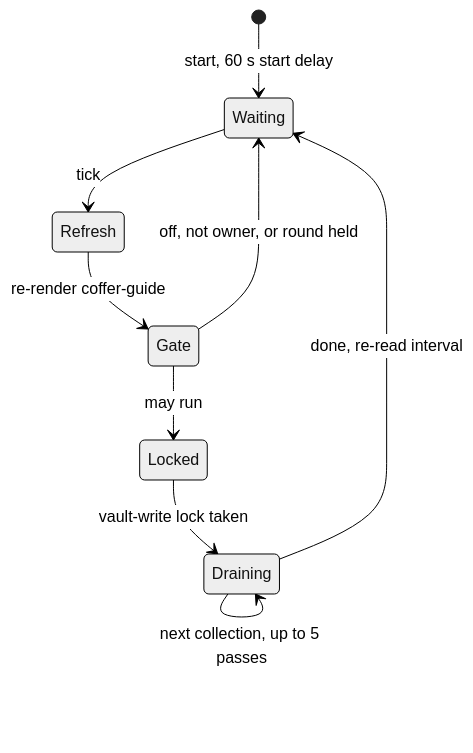
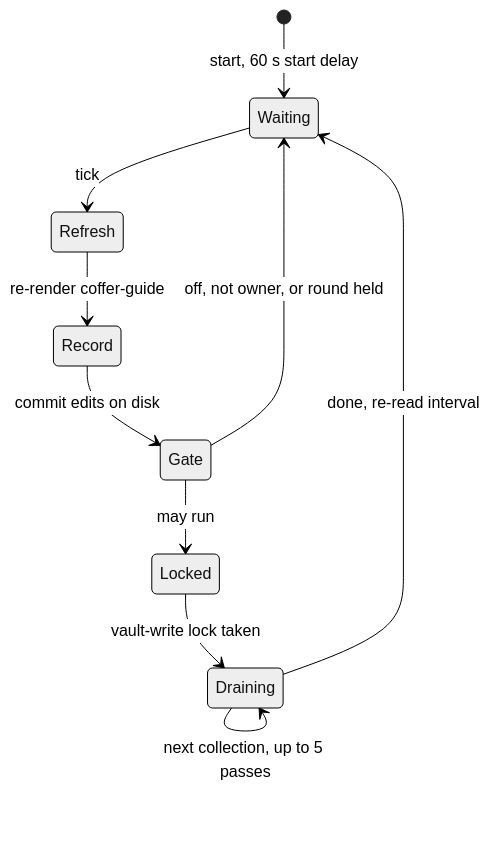
One commit to wyx-sg/Coffer changed the third of 3 diagrams in docs-site/architecture/knowledge.md. Above: the diagram before and after it, drawn with Mermaid (neutral theme). The commit also changed other lines of this file and 63 other files, not shown here.

````diff
--- a/docs-site/architecture/knowledge.md
+++ b/docs-site/architecture/knowledge.md
@@ -267,11 +272,12 @@
 ```mermaid
 stateDiagram-v2
   [*] --> Waiting: start, 60 s start delay
   Waiting --> Refresh: tick
-  Refresh --> Gate: re-render coffer-guide
+  Refresh --> Record: re-render coffer-guide
+  Record --> Gate: commit edits on disk
   Gate --> Waiting: off, not owner, or round held
   Gate --> Locked: may run
   Locked --> Draining: vault-write lock taken
   Draining --> Draining: next collection, up to 5 passes
   Draining --> Waiting: done, re-read interval
 ```
````
